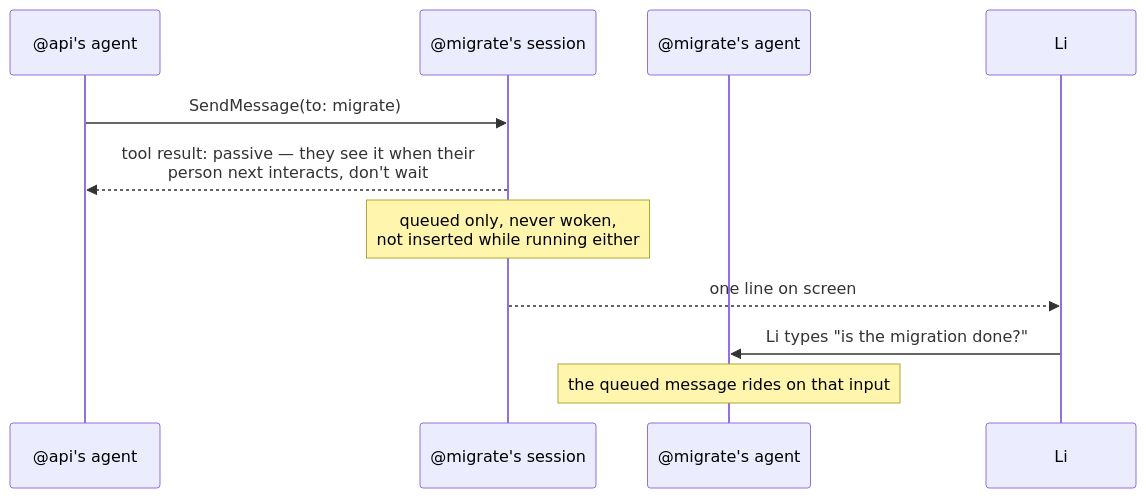
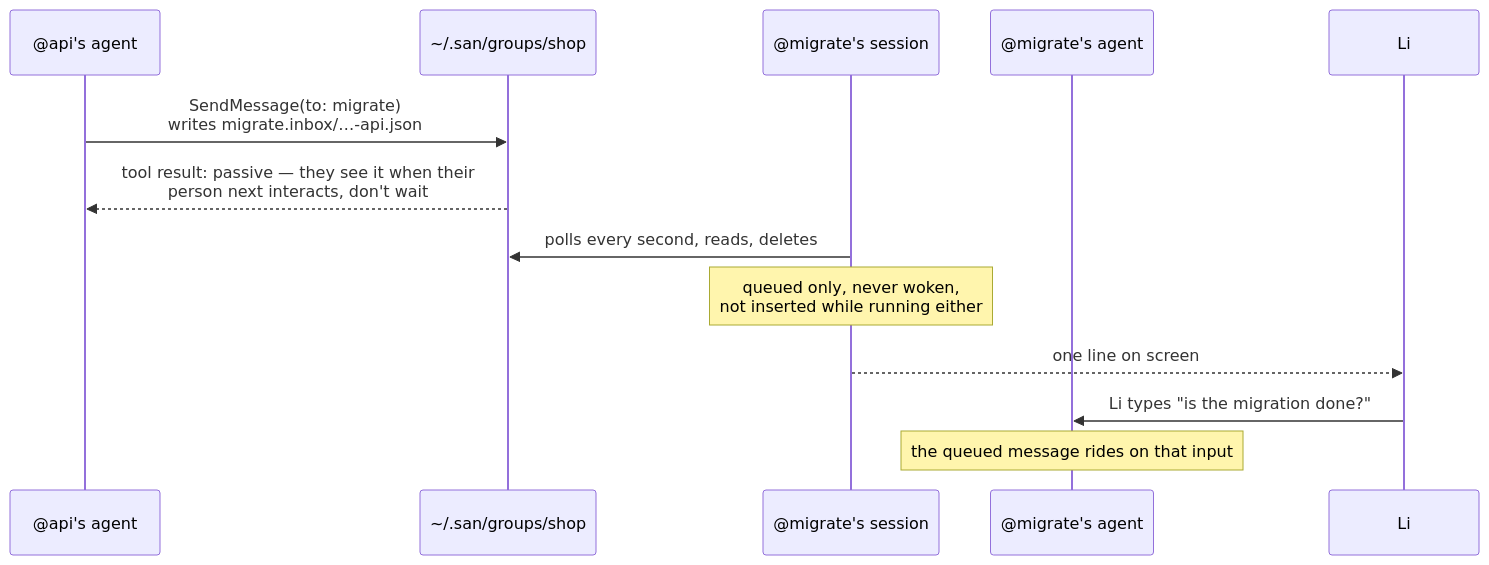
The second of 5 diagrams in docs/design/proposals/0003-session-groups.md (genai-io/san), drawn with Mermaid before and after one commit. The commit also changed other lines of this file and 1 other file, not shown here.

First line of the commit message:
docs(design): PROP-0003 — clearer passive and roster diagrams

````diff
--- a/docs/design/proposals/0003-session-groups.md
+++ b/docs/design/proposals/0003-session-groups.md
@@ -148,13 +148,15 @@
 ```mermaid
 sequenceDiagram
     participant A as @api's agent
+    participant FS as ~/.san/groups/shop
     participant M as @migrate's session
     participant MA as @migrate's agent
     participant L as Li
-    A->>M: SendMessage(to: migrate)
-    M-->>A: tool result: passive — they see it when their<br/>person next interacts, don't wait
+    A->>FS: SendMessage(to: migrate)<br/>writes migrate.inbox/…-api.json
+    FS-->>A: tool result: passive — they see it when their<br/>person next interacts, don't wait
+    M->>FS: polls every second, reads, deletes
     Note over M: queued only, never woken,<br/>not inserted while running either
     M-->>L: one line on screen
     L->>MA: Li types "is the migration done?"
     Note over MA: the queued message rides on that input
 ```
````
